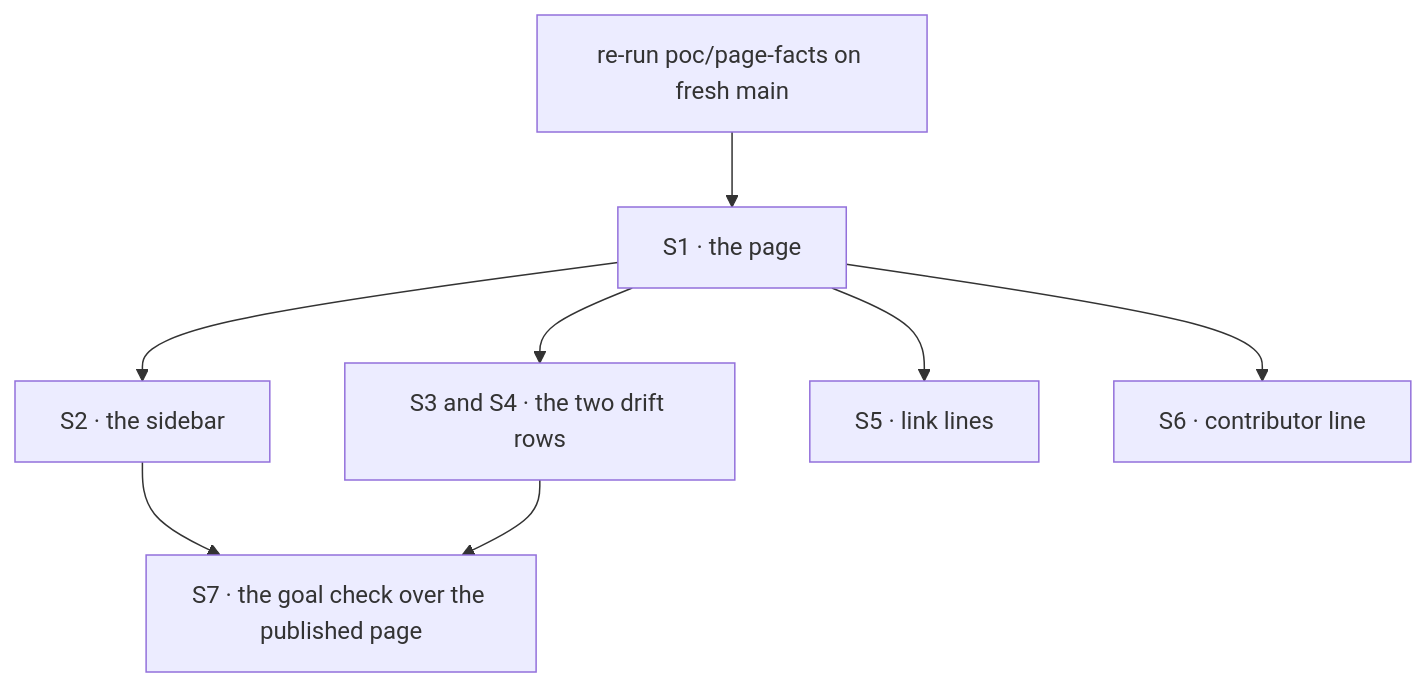
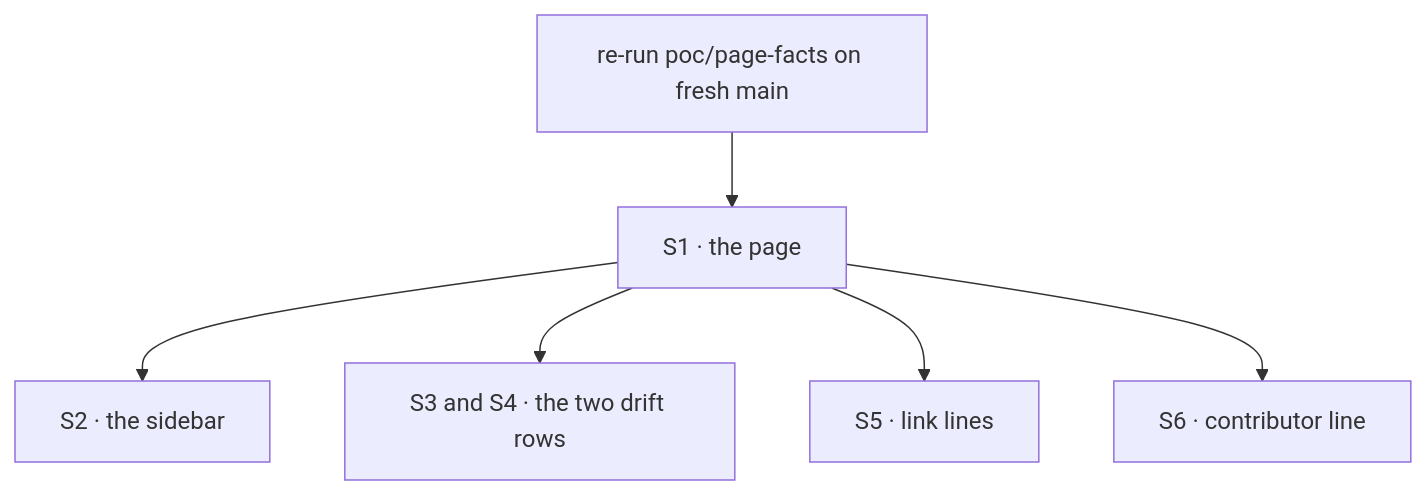
One commit to fixpoint-labs/flow-state-dev changed the diagram in specs/issues/FIX-1639/PLAN.md. Above: the diagram before and after it, drawn with Mermaid. The commit also changed other lines of this file and 15 other files, not shown here.

````diff
--- a/specs/issues/FIX-1639/PLAN.md
+++ b/specs/issues/FIX-1639/PLAN.md
@@ -26,10 +25,8 @@
 ```mermaid
 flowchart TD
   R["re-run poc/page-facts on fresh main"] --> S1["S1 · the page"]
   S1 --> S2["S2 · the sidebar"]
   S1 --> S34["S3 and S4 · the two drift rows"]
   S1 --> S5["S5 · link lines"]
   S1 --> S6["S6 · contributor line"]
-  S2 --> S7["S7 · the goal check over the published page"]
-  S34 --> S7
 ```
````
